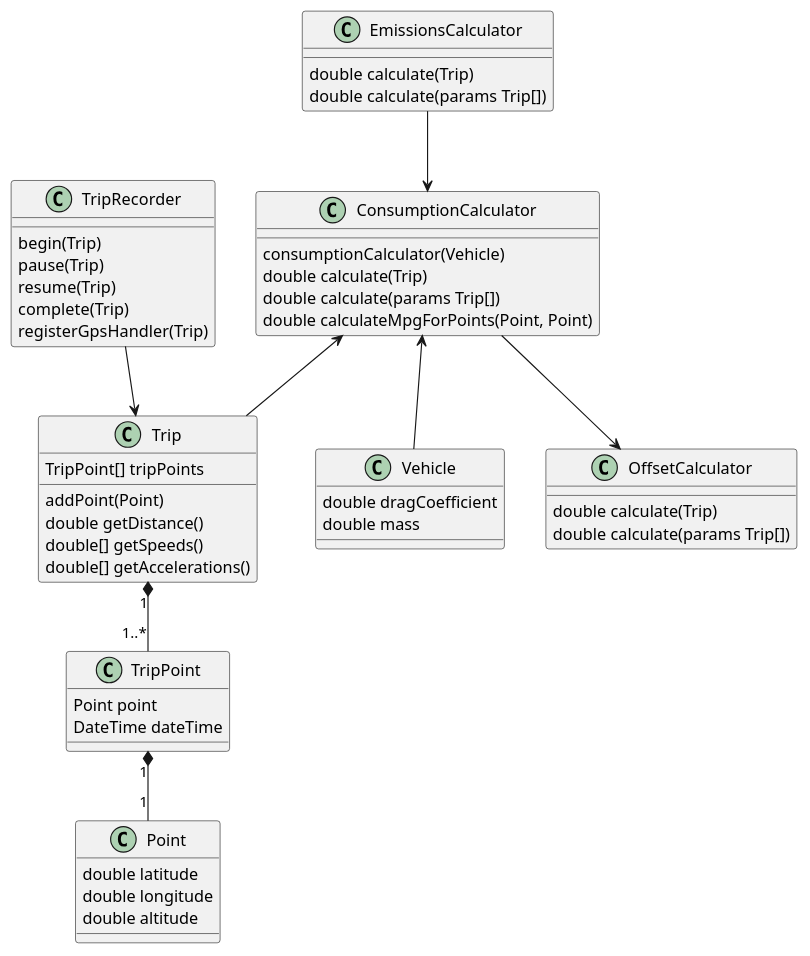
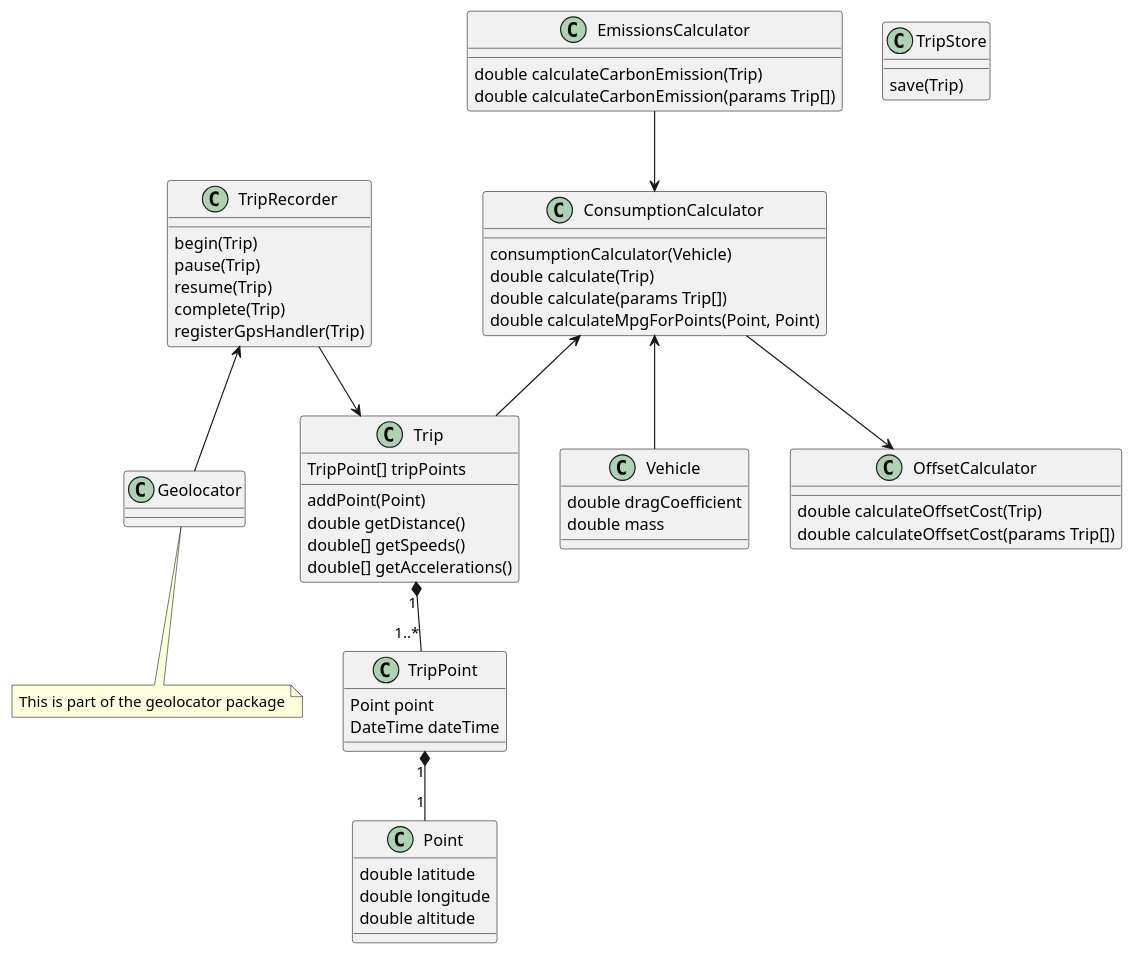
Before and after one commit to Jmorjsm/emissions-offset: the diagram in docs/design_uml.md, drawn with PlantUML.

Commit message:
more uml

```diff
--- a/docs/design_uml.md
+++ b/docs/design_uml.md
@@ -1,56 +1,63 @@
 @startuml
 'Basic models
 class Point
 Point : double latitude
 Point : double longitude
 Point : double altitude
 
 class TripPoint
 TripPoint : Point point
 TripPoint : DateTime dateTime
 TripPoint "1" *-- "1" Point
 
 class Vehicle
 Vehicle : double dragCoefficient
 Vehicle : double mass
 
 class Trip
 Trip : TripPoint[] tripPoints
 Trip : addPoint(Point)
 Trip : double getDistance()
 Trip : double[] getSpeeds()
 Trip : double[] getAccelerations()
 Trip "1" *-- "1..*" TripPoint
 'TODO add TripDetails and TripSummary inheriting from Trip
 
 'Trip recording
 'TODO add communication here with geolocator module
 class TripRecorder
 TripRecorder : begin(Trip)
 TripRecorder : pause(Trip)
 TripRecorder : resume(Trip)
 TripRecorder : complete(Trip)
 TripRecorder : registerGpsHandler(Trip)
 TripRecorder --> Trip
+TripRecorder <-- Geolocator
+
+class TripStore
+TripStore : save(Trip)
 
 'Fuel Consumption
 class ConsumptionCalculator
 ConsumptionCalculator : consumptionCalculator(Vehicle)
 ConsumptionCalculator : double calculate(Trip)
 ConsumptionCalculator : double calculate(params Trip[])
 ConsumptionCalculator : double calculateMpgForPoints(Point, Point)
 ConsumptionCalculator <-- Trip
 ConsumptionCalculator <-- Vehicle
 
 'Offset calculation
 class EmissionsCalculator
-EmissionsCalculator : double calculate(Trip)
-EmissionsCalculator : double calculate(params Trip[])
+EmissionsCalculator : double calculateCarbonEmission(Trip)
+EmissionsCalculator : double calculateCarbonEmission(params Trip[])
 EmissionsCalculator --> ConsumptionCalculator
 
 class OffsetCalculator
-OffsetCalculator : double calculate(Trip)
-OffsetCalculator : double calculate(params Trip[])
+OffsetCalculator : double calculateOffsetCost(Trip)
+OffsetCalculator : double calculateOffsetCost(params Trip[])
 ConsumptionCalculator --> OffsetCalculator
 
+class Geolocator
+note "This is part of the geolocator package" as NGeolocator1
+Geolocator .. NGeolocator1
 @enduml
```
